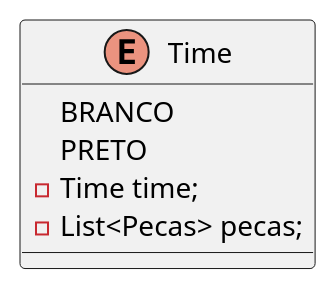
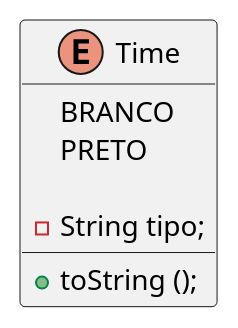
One commit to 20242-ifba-saj-ads-ppr/framework-equipe5 changed the diagram in src/main/java/br/com/frameworkPpr/xadrez/multiton/time/estruturaTime.puml. Above: the diagram before and after it, drawn with PlantUML. The commit also changed 8 other files, not shown here.

```diff
--- a/src/main/java/br/com/frameworkPpr/xadrez/multiton/time/estruturaTime.puml
+++ b/src/main/java/br/com/frameworkPpr/xadrez/multiton/time/estruturaTime.puml
@@ -1,12 +1,13 @@
 @startuml
 
 skinparam linetype ortho 
 
 enum Time {
     BRANCO
     PRETO
-    - Time time;
-    - List<Pecas> pecas;
+
+    - String tipo;
+    + toString ();
 }
 
 @enduml
```
